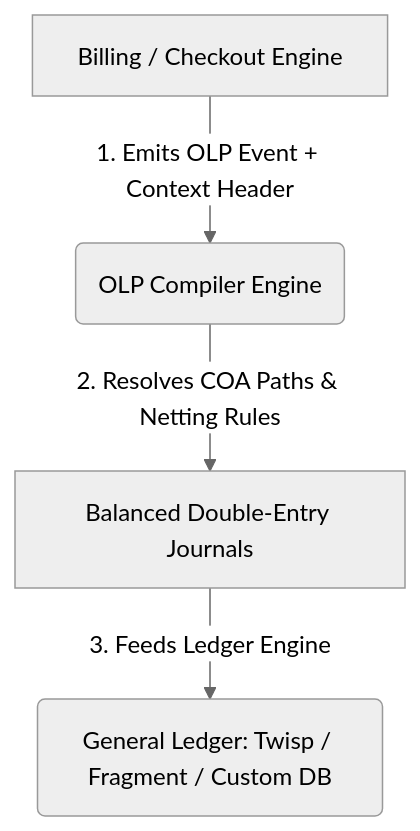
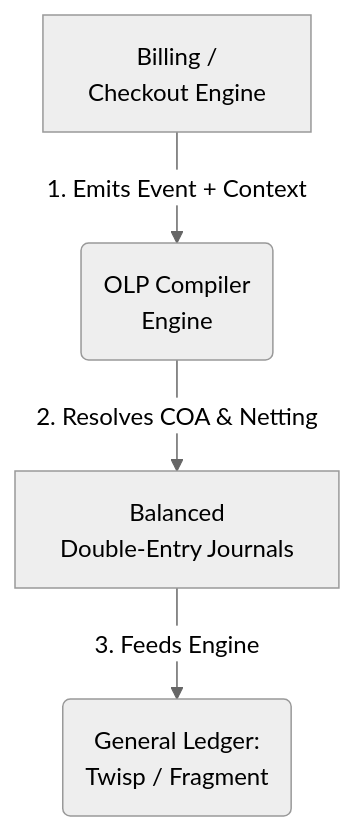
The diagram in WHITEPAPER.md (smriti-memcore/open-ledger-protocol), drawn with Mermaid (neutral theme) before and after one commit.

Commit message:
fix: adjust Mermaid diagram node text wrapping to prevent truncation

````diff
--- a/WHITEPAPER.md
+++ b/WHITEPAPER.md
@@ -34,6 +34,6 @@
 ```mermaid
 graph TD
-    A[Billing / Checkout Engine] -->|1. Emits OLP Event + Context Header| B(OLP Compiler Engine)
-    B -->|2. Resolves COA Paths & Netting Rules| C[Balanced Double-Entry Journals]
-    C -->|3. Feeds Ledger Engine| D(General Ledger: Twisp / Fragment / Custom DB)
+    A["Billing /<br>Checkout Engine"] -->|1. Emits Event + Context| B("OLP Compiler<br>Engine")
+    B -->|2. Resolves COA & Netting| C["Balanced<br>Double-Entry Journals"]
+    C -->|3. Feeds Engine| D("General Ledger:<br>Twisp / Fragment")
 ```
````
